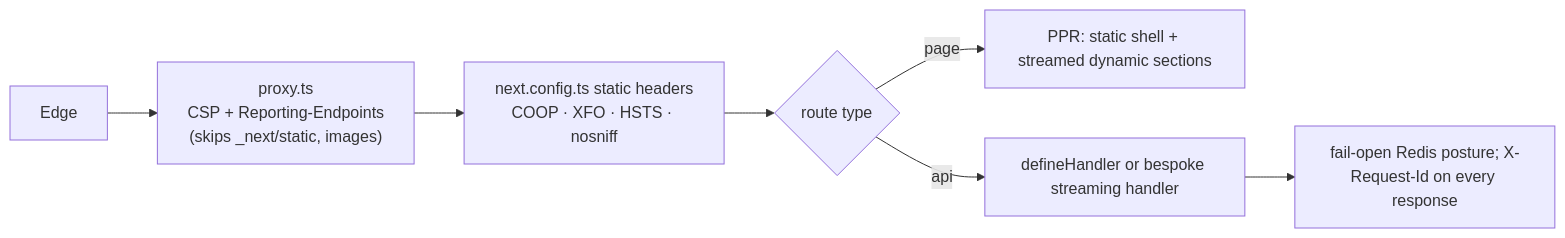
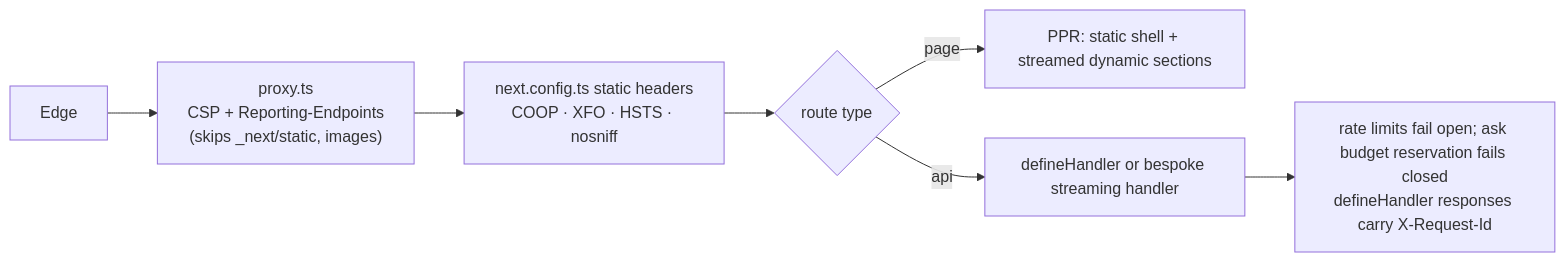
The sixth of 6 diagrams in docs/03-rendering-and-data-flow.md (erikunha/portfolio), drawn with Mermaid before and after one commit. The commit also changed other lines of this file and 1307 other files, not shown here.

````diff
--- a/docs/03-rendering-and-data-flow.md
+++ b/docs/03-rendering-and-data-flow.md
@@ -163,9 +207,9 @@
 ```mermaid
 flowchart LR
     e["Edge"] --> p["proxy.ts<br/>CSP + Reporting-Endpoints<br/>(skips _next/static, images)"]
     p --> n["next.config.ts static headers<br/>COOP · XFO · HSTS · nosniff"]
     n --> route{route type}
     route -->|page| ppr["PPR: static shell + streamed dynamic sections"]
     route -->|api| handler["defineHandler or bespoke streaming handler"]
-    handler --> failopen["fail-open Redis posture; X-Request-Id on every response"]
+    handler --> failopen["rate limits fail open; ask budget reservation fails closed<br/>defineHandler responses carry X-Request-Id"]
 ```
````
